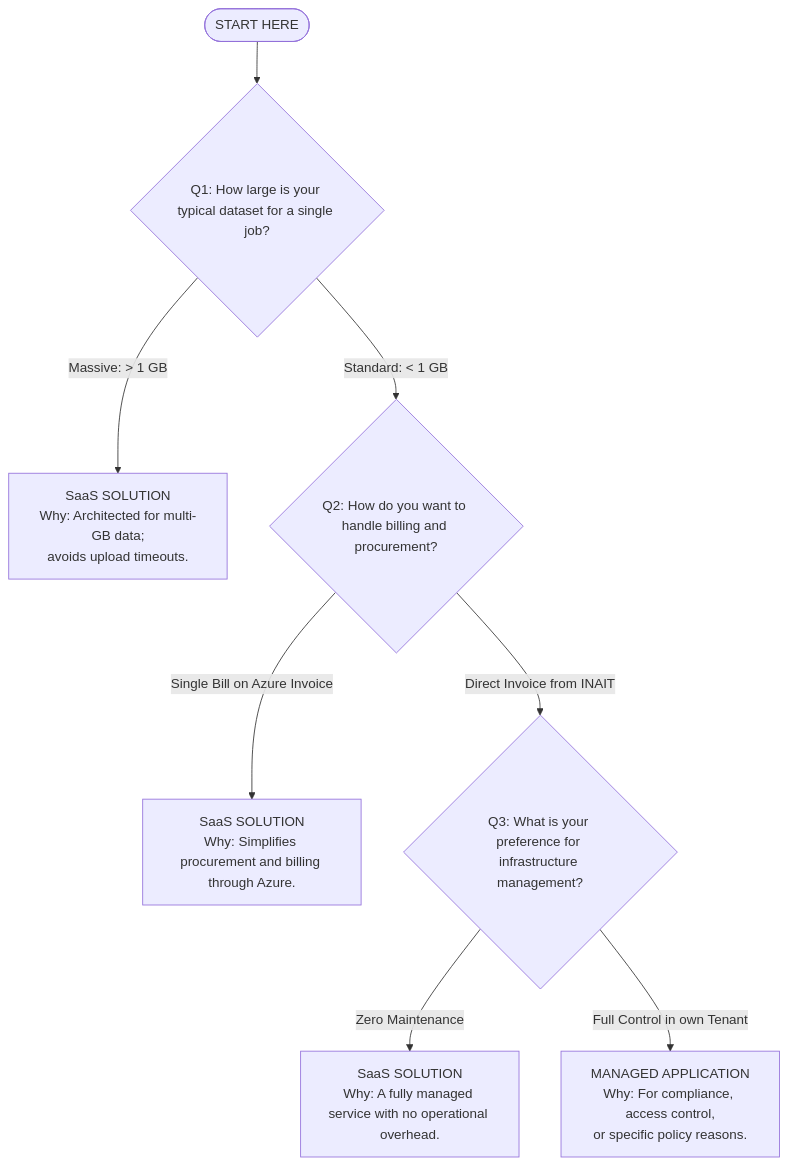
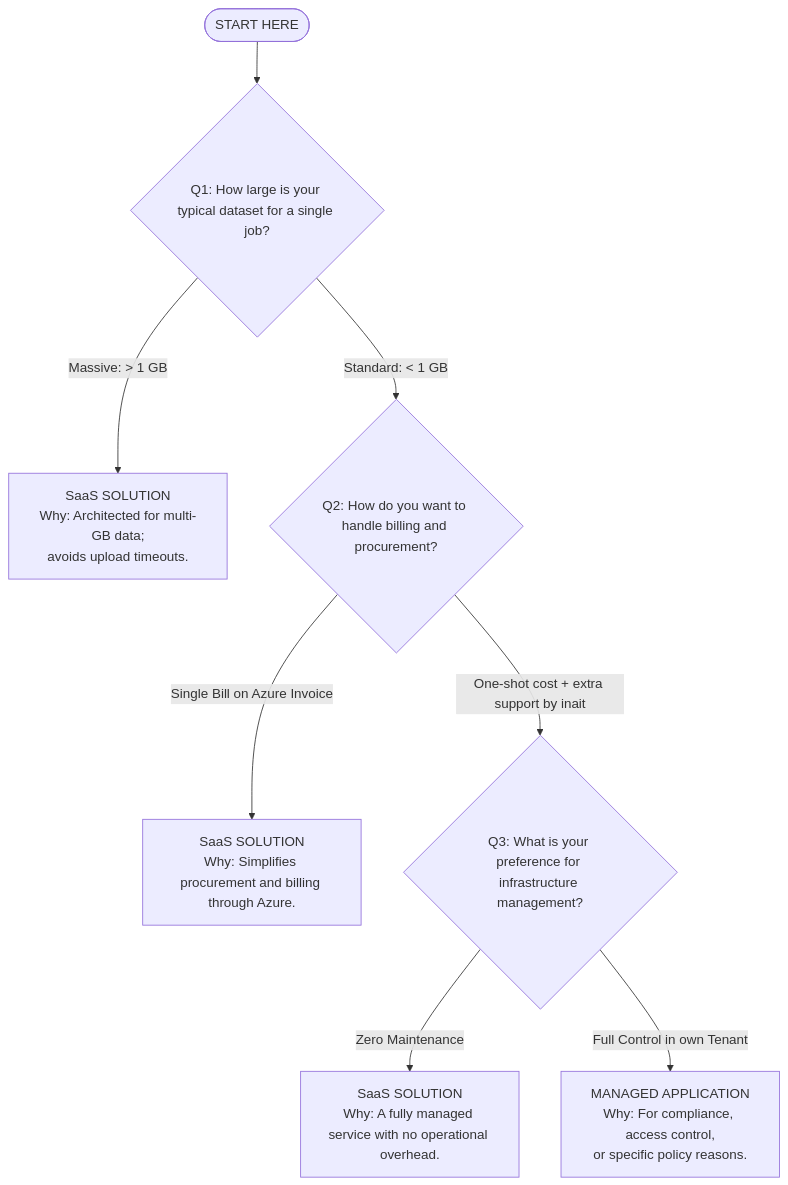
Before and after one commit to inait-external/inait-forecast-docs: the diagram in inait-predict-examples/README.md, drawn with Mermaid.

Commit message:
repair decision tree

````diff
--- a/inait-predict-examples/README.md
+++ b/inait-predict-examples/README.md
@@ -143,11 +143,11 @@
 ```mermaid
 flowchart TD
     A([START HERE])
     A --> B{Q1: How large is your typical dataset for a single job?}
     B -->|Massive: > 1 GB| C[SaaS SOLUTION<br>Why: Architected for multi-GB data;<br>avoids upload timeouts.]
     B -->|Standard: < 1 GB| D{Q2: How do you want to handle billing and procurement?}
     D -->|Single Bill on Azure Invoice| E[SaaS SOLUTION<br>Why: Simplifies procurement and billing through Azure.]
-    D -->|Direct Invoice from INAIT| F{Q3: What is your preference for infrastructure management?}
+    D -->|One-shot cost + extra support by inait| F{Q3: What is your preference for infrastructure management?}
     F -->|Zero Maintenance| G[SaaS SOLUTION<br>Why: A fully managed service with no operational overhead.]
     F -->|Full Control in own Tenant| H[MANAGED APPLICATION<br>Why: For compliance, access control,<br>or specific policy reasons.]
 ```    
````
